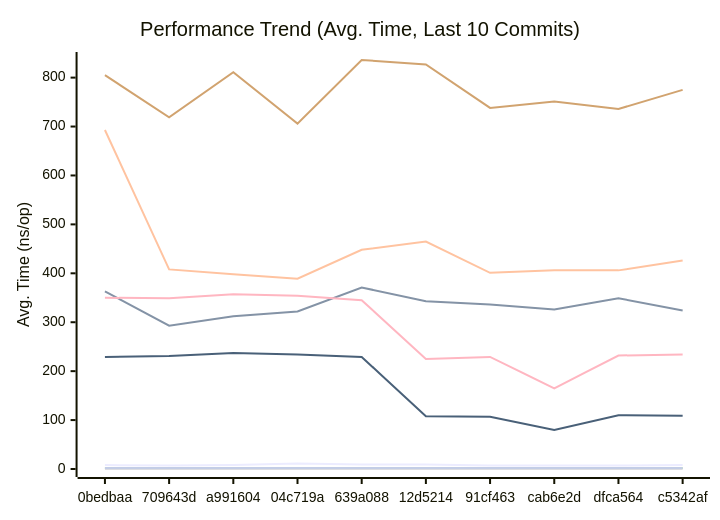
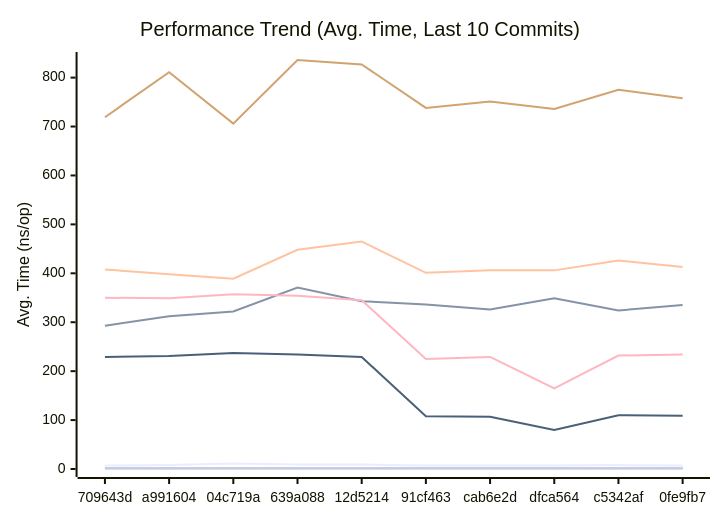
The first of 3 diagrams in docs/PERFORMANCE.md (alsotoes/momo), drawn with Mermaid before and after one commit. The commit also changed other lines of this file and 2 other files, not shown here.

````diff
--- a/docs/PERFORMANCE.md
+++ b/docs/PERFORMANCE.md
@@ -80,16 +80,16 @@
 ```mermaid
 xychart-beta
     title "Performance Trend (Avg. Time, Last 10 Commits)"
     x-axis "Commit"
     y-axis "Avg. Time (ns/op)"
-    x-axis [0bedbaa,709643d,a991604,04c719a,639a088,12d5214,91cf463,cab6e2d,dfca564,c5342af]
-    line "CheckMetricsAndSwap" [8,7,8,11,9,9,7,7,7,8]
-    line "CrushOptimized" [363,293,312,322,371,343,336,326,349,324]
-    line "CrushOriginal" [693,408,398,389,448,465,401,406,406,426]
+    x-axis [709643d,a991604,04c719a,639a088,12d5214,91cf463,cab6e2d,dfca564,c5342af,0fe9fb7]
+    line "CheckMetricsAndSwap" [7,8,11,9,9,7,7,7,8,7]
+    line "CrushOptimized" [293,312,322,371,343,336,326,349,324,335]
+    line "CrushOriginal" [408,398,389,448,465,401,406,406,426,413]
     line "IndexDirectTracking" [0,0,0,0,0,0,0,0,0,0]
     line "IndexSearch" [2,2,2,2,2,2,2,2,2,2]
-    line "LoadGlobalConfig" [805,719,811,706,836,827,738,751,736,775]
+    line "LoadGlobalConfig" [719,811,706,836,827,738,751,736,775,758]
     line "PadString" [2,2,2,2,2,2,2,2,2,2]
     line "ParseReplicationOrder_NoPrealloc" [350,349,357,354,345,225,229,165,232,234]
     line "ParseReplicationOrder_Prealloc" [229,231,237,234,229,108,107,80,110,109]
 ```
````
